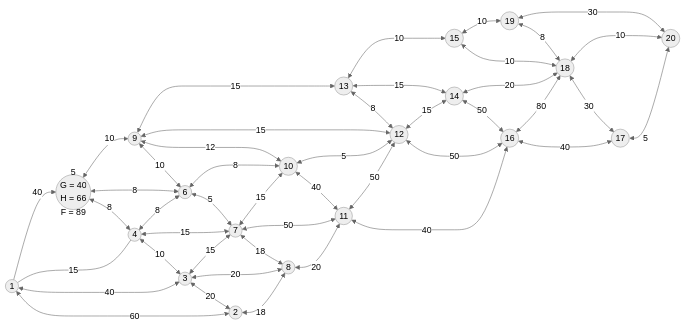
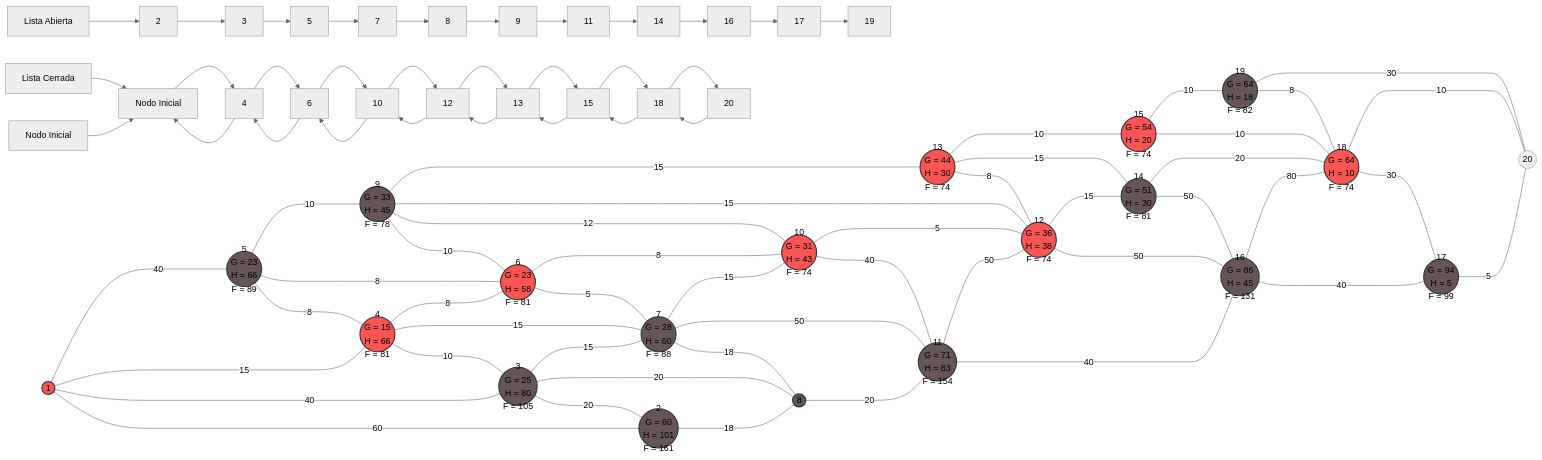
The diagram in docs/AStarExamples.mmd (CarlosHernandez14/ai_assignature), drawn with Mermaid (neutral theme) before and after one commit. The commit also changed 2 other files, not shown here.

```diff
--- a/docs/AStarExamples.mmd
+++ b/docs/AStarExamples.mmd
@@ -1,68 +1,168 @@
+
 graph LR
-  Node1((1)) --40--> Node5((
+  Node1((1)) ----|40| Node5((
     5
-    G = 40
+    G = 23
     H = 66
     F = 89
   ))
-  Node1 ----|15| Node4((4))
-  Node1 <--40--> Node3((3))
-  Node1 <--60--> Node2((2))
+  Node1 ----|15| Node4((
+    4
+    G = 15
+    H = 66
+    F = 81
+  ))
+  Node1 ----|40| Node3((
+    3
+    G = 25
+    H = 80
+    F = 105
+  ))
+  Node1 ----|60| Node2((
+    2
+    G = 60
+    H = 101
+    F = 161
+  ))
   
-  Node5 <--10--> Node9((9))
-  Node5 <--8--> Node6((6))
-  Node5 <--8--> Node4
+  Node5 ----|10| Node9((
+    9
+    G = 33
+    H = 45
+    F = 78
+  ))
+  Node5 ----|8| Node6((
+    6
+    G = 23
+    H = 58
+    F = 81
+  ))
+  Node5 ----|8| Node4
 
-  Node4 <--8--> Node6
-  Node4 <--15--> Node7((7))
-  Node4 <--10--> Node3
+  Node4 ----|8| Node6
+  Node4 ----|15| Node7((
+    7
+    G = 28
+    H = 60
+    F = 88
+  ))
+  Node4 ----|10| Node3
 
-  Node3 <--15--> Node7
-  Node3 <--20--> Node8((8))
-  Node3 <--20--> Node2
+  Node3 ----|15| Node7
+  Node3 ----|20| Node8((8))
+  Node3 ----|20| Node2
 
-  Node2 <--18--> Node8
+  Node2 ----|18| Node8
 
-  Node9 <--15--> Node13((13))
-  Node9 <--15--> Node12((12))
-  Node9 <--12--> Node10((10))
-  Node9 <--10--> Node6
+  Node9 ----|15| Node13((
+    13
+    G = 44
+    H = 30
+    F = 74
+  ))
+  Node9 ----|15| Node12((
+    12
+    G = 36
+    H = 38
+    F = 74
+  ))
+  Node9 ----|12| Node10((
+    10
+    G = 31
+    H = 43
+    F = 74
+  ))
+  Node9 ----|10| Node6
 
-  Node6 <--8--> Node10
-  Node6 <--5--> Node7
+  Node6 ----|8| Node10
+  Node6 ----|5| Node7
 
-  Node7 <--15--> Node10
-  Node7 <--50--> Node11((11))
-  Node7 <--18--> Node8
+  Node7 ----|15| Node10
+  Node7 ----|50| Node11((
+    11
+    G = 71
+    H = 83
+    F = 154
+  ))
+  Node7 ----|18| Node8
 
-  Node8 <--20--> Node11
+  Node8 ----|20| Node11
 
-  Node13 <--10--> Node15((15))
-  Node13 <--15--> Node14((14))
-  Node13 <--8--> Node12
+  Node13 ----|10| Node15((
+    15
+    G = 54
+    H = 20
+    F = 74
+  ))
+  Node13 ----|15| Node14((
+    14
+    G = 51
+    H = 30
+    F = 81
+  ))
+  Node13 ----|8| Node12
 
-  Node10 <--5--> Node12
-  Node10 <--40--> Node11
+  Node10 ----|5| Node12
+  Node10 ----|40| Node11
 
-  Node11 <--50--> Node12
-  Node11 <--40--> Node16((16))
+  Node11 ----|50| Node12
+  Node11 ----|40| Node16((
+    16
+    G = 86
+    H = 45
+    F = 131
+  ))
 
-  Node12 <--15--> Node14
-  Node12 <--50--> Node16
+  Node12 ----|15| Node14
+  Node12 ----|50| Node16
 
-  Node15 <--10--> Node19((19))
-  Node15 <--10--> Node18((18))
+  Node15 ----|10| Node19((
+    19
+    G = 64
+    H = 18
+    F = 82
+  ))
+  Node15 ----|10| Node18((
+    18
+    G = 64
+    H = 10
+    F = 74
+  ))
 
-  Node14 <--20--> Node18
-  Node14 <--50--> Node16
+  Node14 ----|20| Node18
+  Node14 ----|50| Node16
 
-  Node16 <--80--> Node18
-  Node16 <--40--> Node17((17))
+  Node16 ----|80| Node18
+  Node16 ----|40| Node17((
+    17
+    G = 94
+    H = 5
+    F = 99
+  ))
 
-  Node19 <--30--> Node20((20))
-  Node19 <--8--> Node18
+  Node19 ----|30| Node20((20))
+  Node19 ----|8| Node18
   
-  Node18 <--10--> Node20
-  Node18 <--30--> Node17
+  Node18 ----|10| Node20
+  Node18 ----|30| Node17
 
-  Node17 <--5--> Node20
+  Node17 ----|5| Node20
+
+  classDef open fill:#655555,stroke:#333,stroke-width:2px;
+  %% Lista abierta
+  class Node2,Node3,Node5,Node7,Node8,Node9,Node11,Node14,Node16,Node17,Node19 open;
+
+  classDef startend fill:#f95555,stroke:#333,stroke-width:2px;
+  %% Lista cerrada
+  class Node1,Node4,Node6,Node10,Node12,Node13,Node15,Node18 startend;
+
+  %% Lista abierta representada en nodos con borde rojo y lista cerrada en nodos con borde azul.
+  %% Nodo inicial y final representados
+  LA[Lista Abierta] --> 2
+  2 --> 3 --> 5 --> 7 --> 8 --> 9 --> 11 --> 14 --> 16 --> 17 --> 19
+  LC[Lista Cerrada] --> 1
+  1 --> 4 --> 6 --> 10 --> 12 --> 13 --> 15 --> 18 --> 20
+  SE[Nodo Inicial] --> 1
+
+  %% Resultado ShortestPath[Resultado Shortest Path]
+  20 --> 18 --> 15 --> 13 --> 12 --> 10 --> 6 --> 4 --> 1[Nodo Inicial]
```
